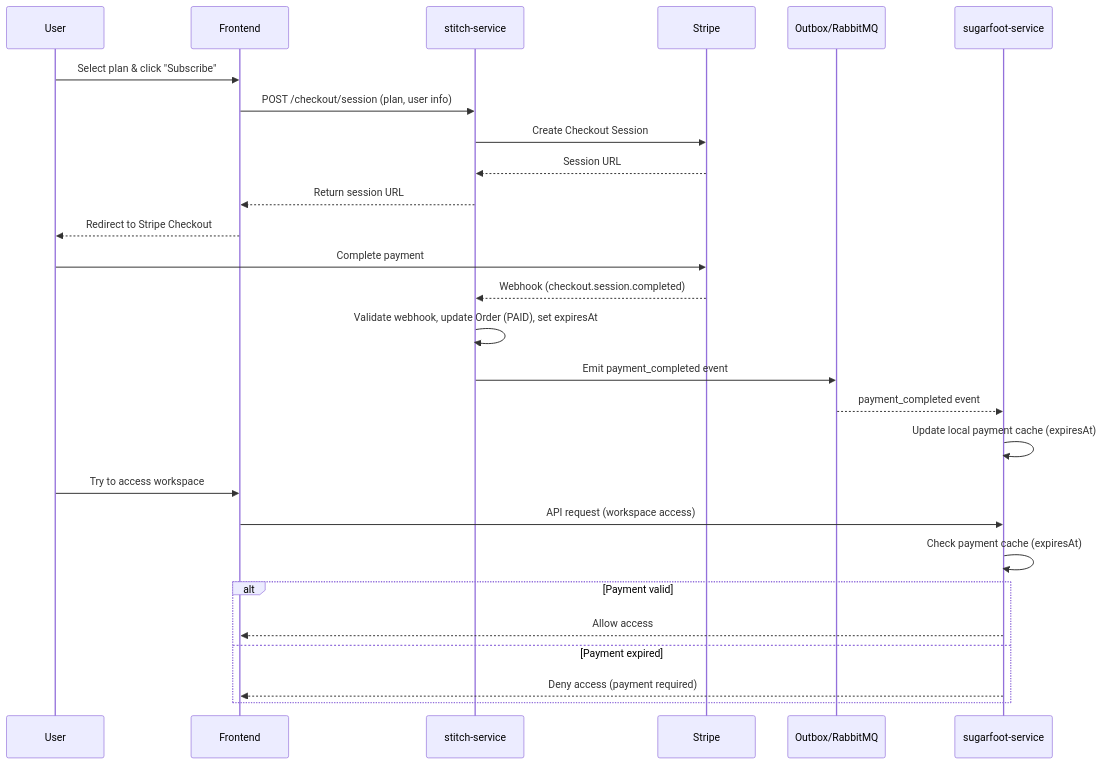
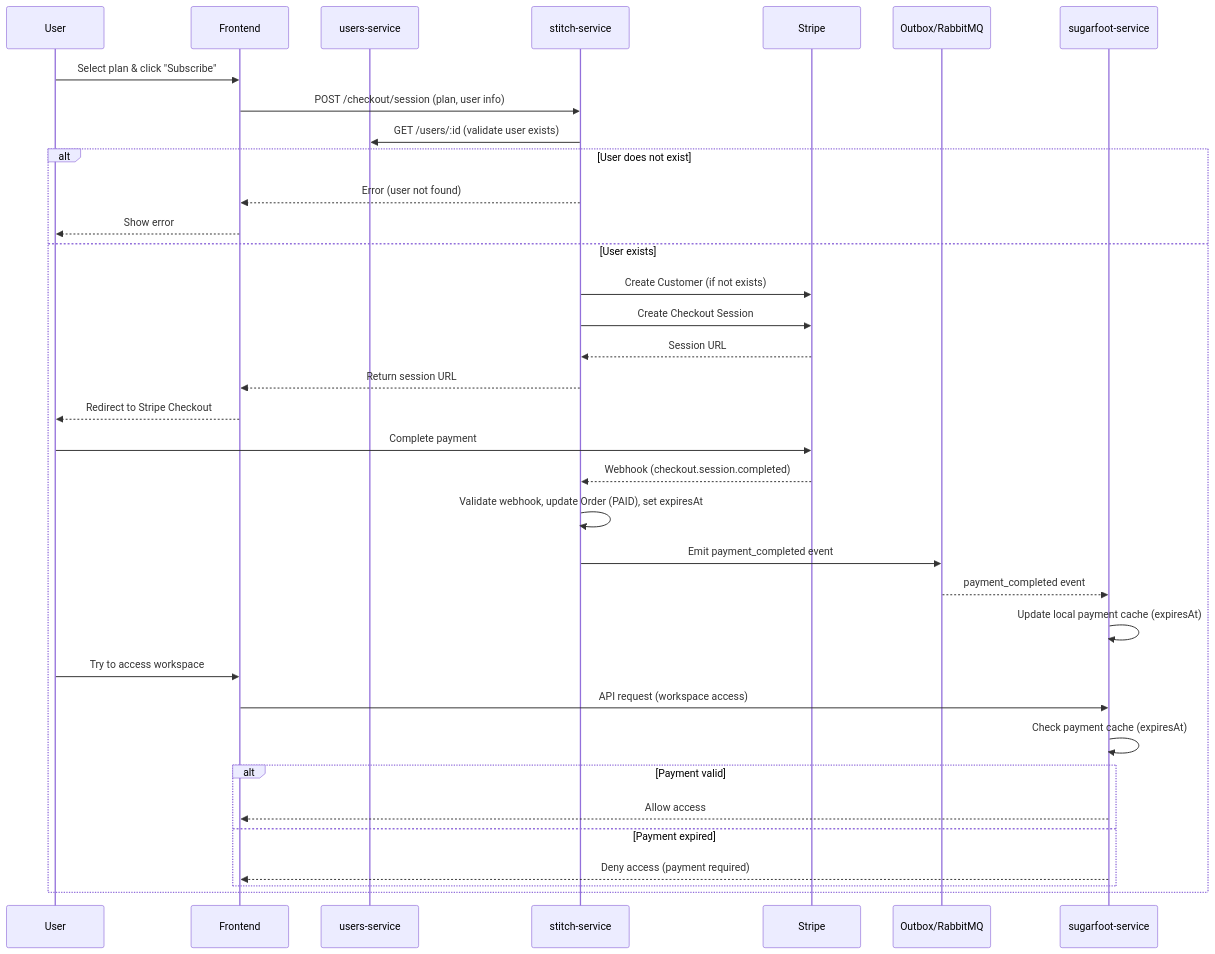
Before and after one commit to tassioFront/fubs: the diagram in apps/stitch/README.md, drawn with Mermaid. The commit also changed 1 other file, not shown here.

Commit message:
feat: Implement getSubscriptionsByOwnerId method to retrieve subscriptions by owner ID

````diff
--- a/apps/stitch/README.md
+++ b/apps/stitch/README.md
@@ -77,30 +77,38 @@
 ```mermaid
 sequenceDiagram
 	participant U as User
 	participant FE as Frontend
+	participant Users as users-service
 	participant Stitch as stitch-service
 	participant Stripe as Stripe
 	participant Outbox as Outbox/RabbitMQ
 	participant Sugar as sugarfoot-service
 
 	U->>FE: Select plan & click "Subscribe"
 	FE->>Stitch: POST /checkout/session (plan, user info)
-	Stitch->>Stripe: Create Checkout Session
-	Stripe-->>Stitch: Session URL
-	Stitch-->>FE: Return session URL
-	FE-->>U: Redirect to Stripe Checkout
-	U->>Stripe: Complete payment
-	Stripe-->>Stitch: Webhook (checkout.session.completed)
-	Stitch->>Stitch: Validate webhook, update Order (PAID), set expiresAt
-	Stitch->>Outbox: Emit payment_completed event
-	Outbox-->>Sugar: payment_completed event
-	Sugar->>Sugar: Update local payment cache (expiresAt)
-	U->>FE: Try to access workspace
-	FE->>Sugar: API request (workspace access)
-	Sugar->>Sugar: Check payment cache (expiresAt)
-	alt Payment valid
-		Sugar-->>FE: Allow access
-	else Payment expired
-		Sugar-->>FE: Deny access (payment required)
+	Stitch->>Users: GET /users/:id (validate user exists)
+	alt User does not exist
+		Stitch-->>FE: Error (user not found)
+		FE-->>U: Show error
+	else User exists
+		Stitch->>Stripe: Create Customer (if not exists)
+		Stitch->>Stripe: Create Checkout Session
+		Stripe-->>Stitch: Session URL
+		Stitch-->>FE: Return session URL
+		FE-->>U: Redirect to Stripe Checkout
+		U->>Stripe: Complete payment
+		Stripe-->>Stitch: Webhook (checkout.session.completed)
+		Stitch->>Stitch: Validate webhook, update Order (PAID), set expiresAt
+		Stitch->>Outbox: Emit payment_completed event
+		Outbox-->>Sugar: payment_completed event
+		Sugar->>Sugar: Update local payment cache (expiresAt)
+		U->>FE: Try to access workspace
+		FE->>Sugar: API request (workspace access)
+		Sugar->>Sugar: Check payment cache (expiresAt)
+		alt Payment valid
+			Sugar-->>FE: Allow access
+		else Payment expired
+			Sugar-->>FE: Deny access (payment required)
+		end
 	end
 ```
````
